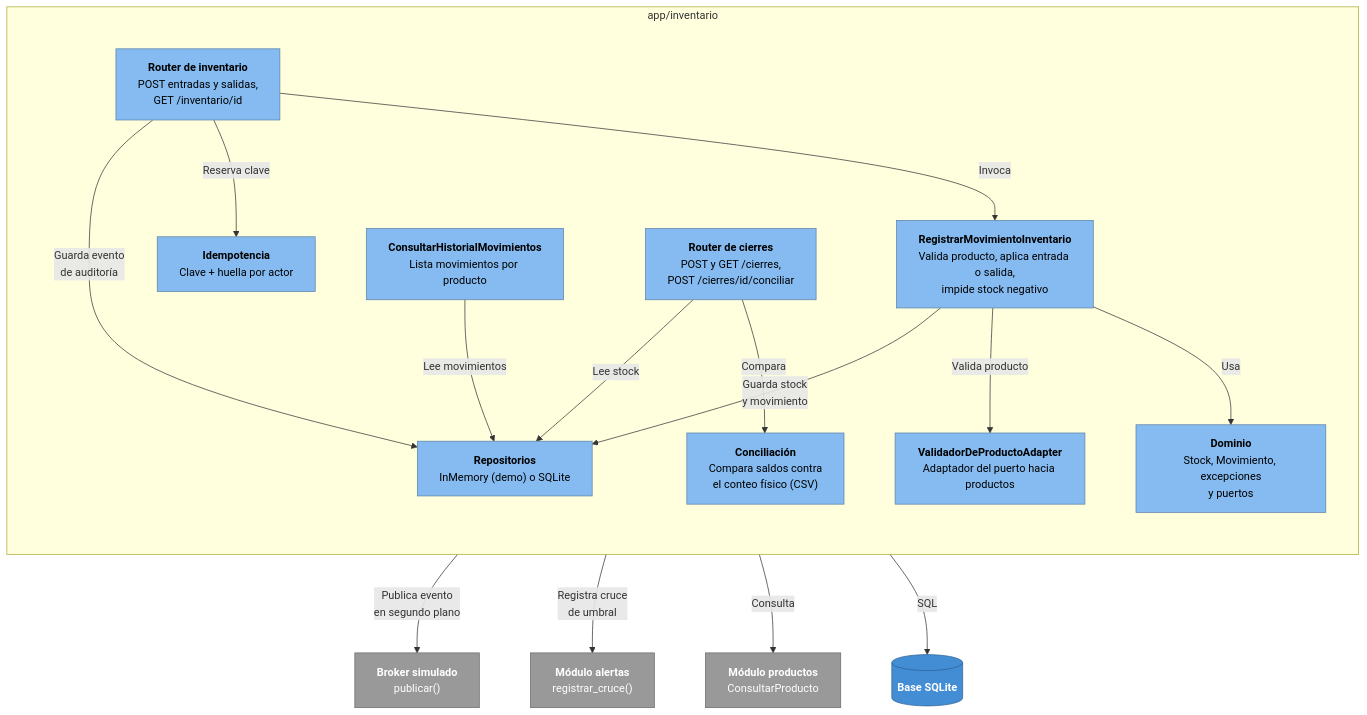
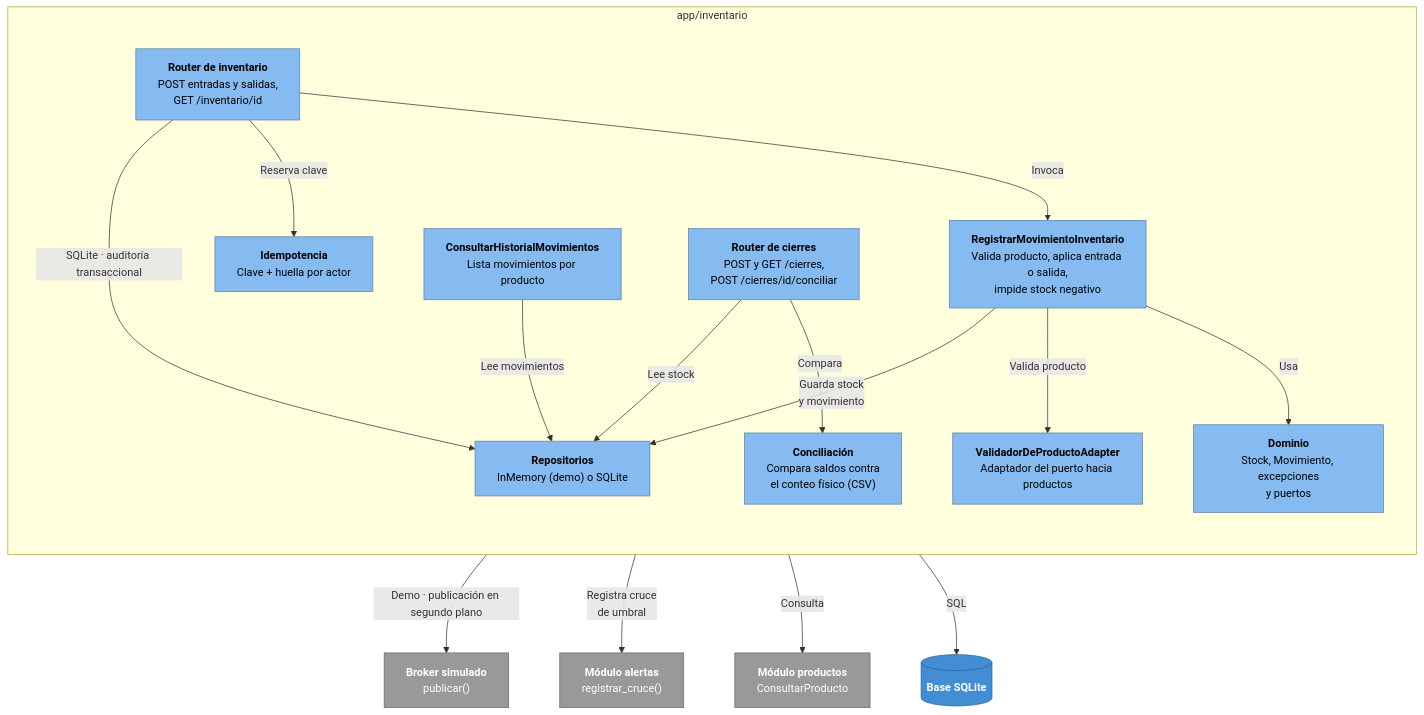
The second of 4 diagrams in c4-actual/03-componentes.md (ISCOUTB/AS_202620_InvenTrack), drawn with Mermaid before and after one commit. The commit also changed other lines of this file and 19 other files, not shown here.

````diff
--- a/c4-actual/03-componentes.md
+++ b/c4-actual/03-componentes.md
@@ -56,42 +56,42 @@
 ```mermaid
 flowchart TB
     %%{init: {"flowchart": {"nodeSpacing": 70, "rankSpacing": 90, "curve": "basis", "htmlLabels": true}, "themeVariables": {"fontSize": "15px"}}}%%
     subgraph inv ["app/inventario"]
         direction TB
         rtr["<b>Router de inventario</b><br/>POST entradas y salidas,<br/>GET /inventario/id"]:::comp
         cierres["<b>Router de cierres</b><br/>POST y GET /cierres,<br/>POST /cierres/id/conciliar"]:::comp
         conc["<b>Conciliación</b><br/>Compara saldos contra<br/>el conteo físico (CSV)"]:::comp
         reg["<b>RegistrarMovimientoInventario</b><br/>Valida producto, aplica entrada o salida,<br/>impide stock negativo"]:::comp
         hist["<b>ConsultarHistorialMovimientos</b><br/>Lista movimientos por producto"]:::comp
         dom["<b>Dominio</b><br/>Stock, Movimiento, excepciones<br/>y puertos"]:::comp
         idem["<b>Idempotencia</b><br/>Clave + huella por actor"]:::comp
         repo["<b>Repositorios</b><br/>InMemory (demo) o SQLite"]:::comp
         val["<b>ValidadorDeProductoAdapter</b><br/>Adaptador del puerto hacia productos"]:::comp
     end
 
     prod["<b>Módulo productos</b><br/>ConsultarProducto"]:::ext
     broker["<b>Broker simulado</b><br/>publicar()"]:::ext
     alert["<b>Módulo alertas</b><br/>registrar_cruce()"]:::ext
     db[("<b>Base SQLite</b>")]:::db
 
     rtr -->|"Invoca"| reg
     rtr -->|"Reserva clave"| idem
-    rtr -->|"Publica evento<br/>en segundo plano"| broker
-    rtr -->|"Guarda evento<br/>de auditoría"| repo
+    rtr -->|"Demo · publicación en segundo plano"| broker
+    rtr -->|"SQLite · auditoría transaccional"| repo
     rtr -->|"Registra cruce<br/>de umbral"| alert
     reg -->|"Usa"| dom
     reg -->|"Valida producto"| val
     reg -->|"Guarda stock<br/>y movimiento"| repo
     hist -->|"Lee movimientos"| repo
     val -->|"Consulta"| prod
     cierres -->|"Compara"| conc
     cierres -->|"Lee stock"| repo
     repo -->|"SQL"| db
 
     classDef person fill:#08427b,stroke:#052e56,color:#ffffff
     classDef sys fill:#1168bd,stroke:#0b4884,color:#ffffff
     classDef ext fill:#999999,stroke:#6b6b6b,color:#ffffff
     classDef cont fill:#438dd5,stroke:#2e6295,color:#ffffff
     classDef comp fill:#85bbf0,stroke:#5d82a8,color:#000000
     classDef db fill:#438dd5,stroke:#2e6295,color:#ffffff
 ```
````
